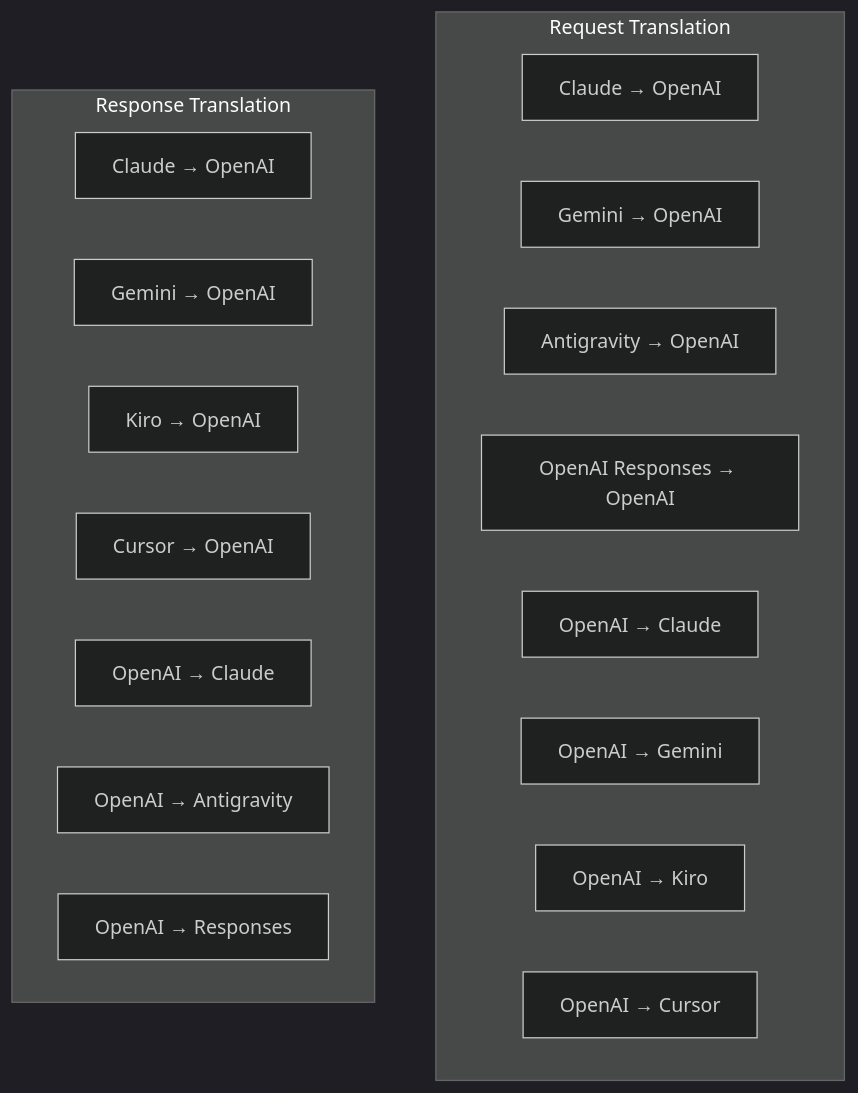
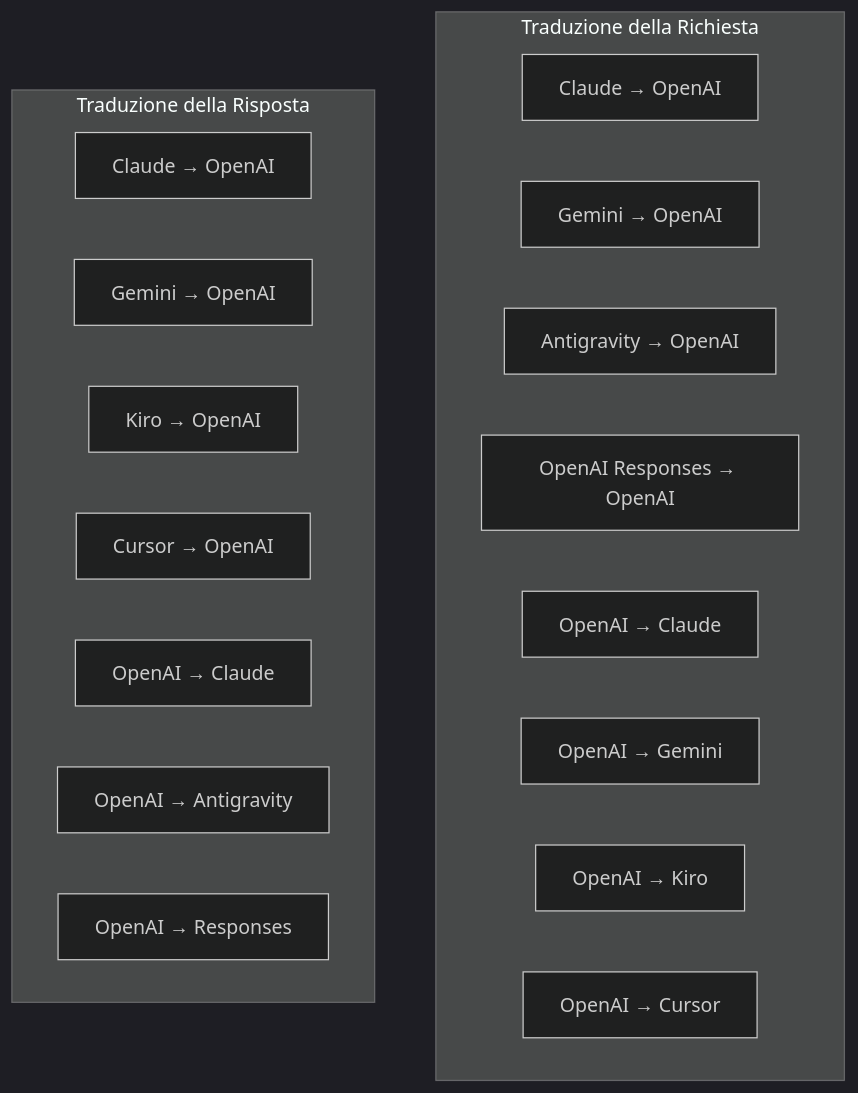
The eighth of 12 diagrams in docs/i18n/it/docs/architecture/CODEBASE_DOCUMENTATION.md (Aseel1600/Claude), drawn with Mermaid (dark theme) before and after one commit. The commit also changed other lines of this file and 2 other files, not shown here.

Commit message:
docs(i18n): add Italian translation of ARCHITECTURE and CODEBASE_DOCUMENTATION

````diff
--- a/docs/i18n/it/docs/architecture/CODEBASE_DOCUMENTATION.md
+++ b/docs/i18n/it/docs/architecture/CODEBASE_DOCUMENTATION.md
@@ -353,23 +353,23 @@
 ```mermaid
 graph TD
-    subgraph "Request Translation"
+    subgraph "Traduzione della Richiesta"
         A["Claude → OpenAI"]
         B["Gemini → OpenAI"]
         C["Antigravity → OpenAI"]
         D["OpenAI Responses → OpenAI"]
         E["OpenAI → Claude"]
         F["OpenAI → Gemini"]
         G["OpenAI → Kiro"]
         H["OpenAI → Cursor"]
     end
 
-    subgraph "Response Translation"
+    subgraph "Traduzione della Risposta"
         I["Claude → OpenAI"]
         J["Gemini → OpenAI"]
         K["Kiro → OpenAI"]
         L["Cursor → OpenAI"]
         M["OpenAI → Claude"]
         N["OpenAI → Antigravity"]
         O["OpenAI → Responses"]
     end
 ```
````
